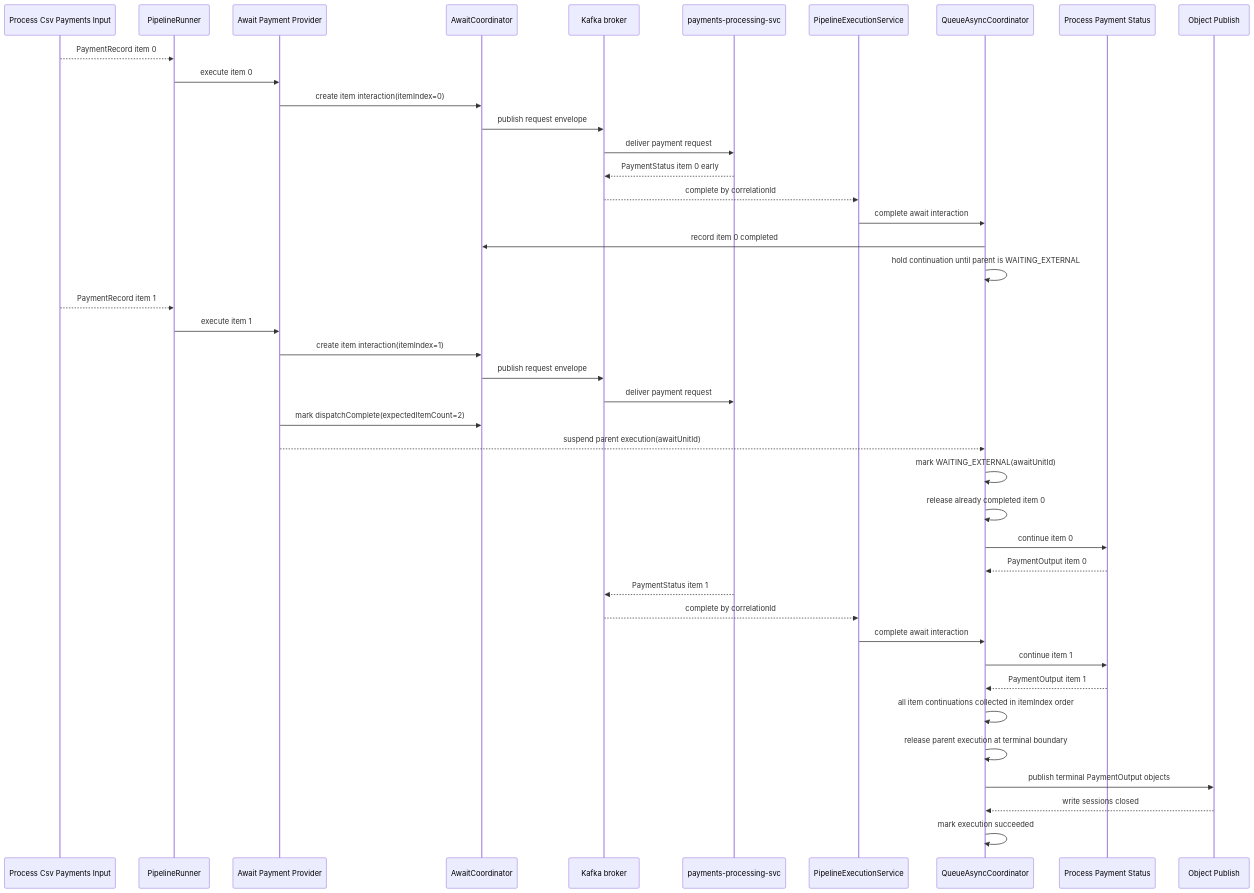
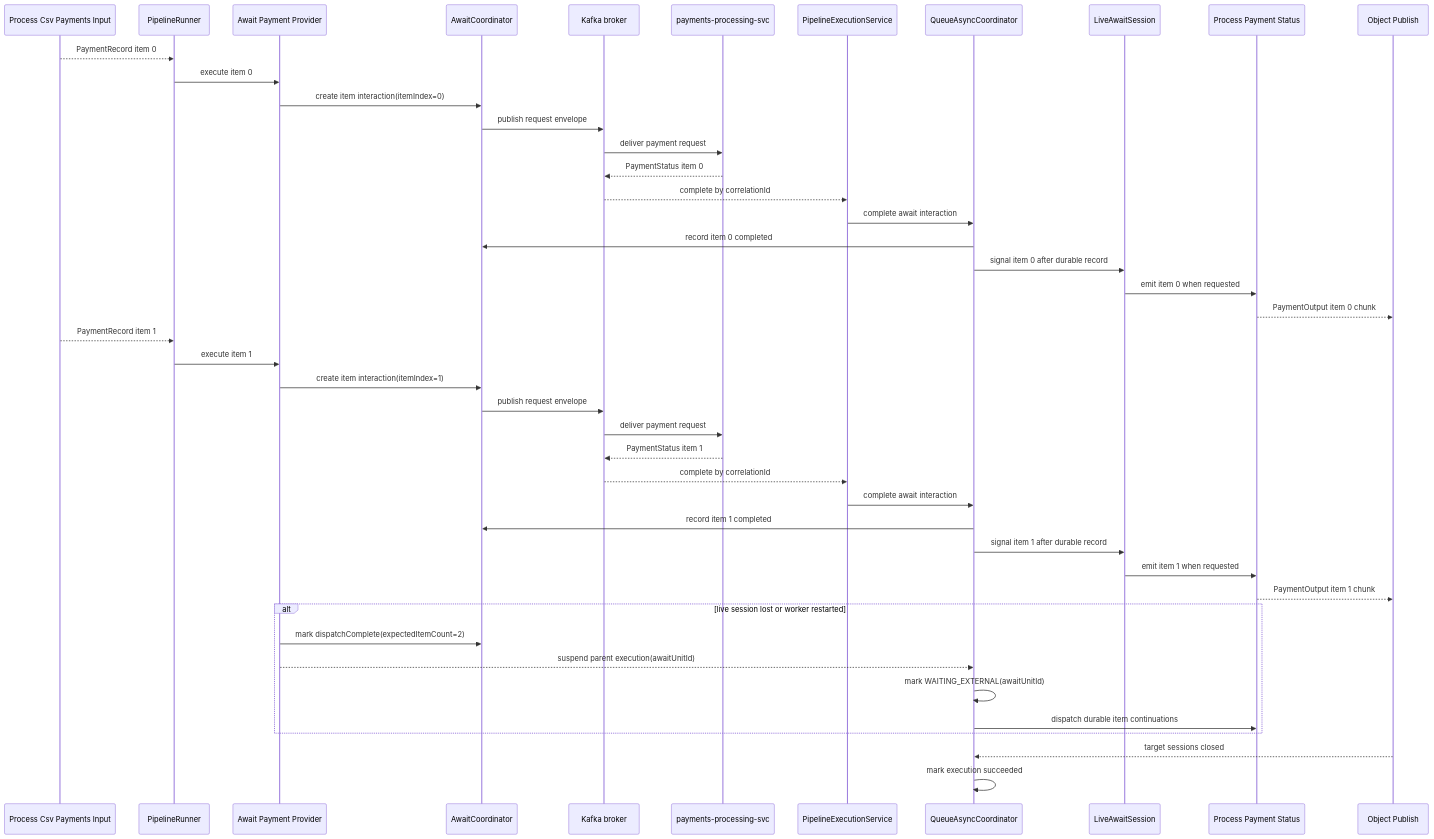
The fourth of 7 diagrams in docs/evolve/await-unit-runtime/sequences.md (The-Pipeline-Framework/pipelineframework), drawn with Mermaid before and after one commit. The commit also changed other lines of this file and 32 other files, not shown here.

Commit message:
Make CSV await completions flow live

````diff
--- a/docs/evolve/await-unit-runtime/sequences.md
+++ b/docs/evolve/await-unit-runtime/sequences.md
@@ -92,49 +101,51 @@
 ```mermaid
 sequenceDiagram
     participant Input as Process Csv Payments Input
     participant Runner as PipelineRunner
     participant Await as Await Payment Provider
     participant AwaitCoord as AwaitCoordinator
     participant Kafka as Kafka broker
     participant Provider as payments-processing-svc
     participant Exec as PipelineExecutionService
     participant Queue as QueueAsyncCoordinator
+    participant Live as LiveAwaitSession
     participant Status as Process Payment Status
     participant Publish as Object Publish
 
     Input-->>Runner: PaymentRecord item 0
     Runner->>Await: execute item 0
     Await->>AwaitCoord: create item interaction(itemIndex=0)
     AwaitCoord->>Kafka: publish request envelope
     Kafka->>Provider: deliver payment request
-    Provider-->>Kafka: PaymentStatus item 0 early
+    Provider-->>Kafka: PaymentStatus item 0
     Kafka-->>Exec: complete by correlationId
     Exec->>Queue: complete await interaction
     Queue->>AwaitCoord: record item 0 completed
-    Queue->>Queue: hold continuation until parent is WAITING_EXTERNAL
+    Queue->>Live: signal item 0 after durable record
+    Live->>Status: emit item 0 when requested
+    Status-->>Publish: PaymentOutput item 0 chunk
 
     Input-->>Runner: PaymentRecord item 1
     Runner->>Await: execute item 1
     Await->>AwaitCoord: create item interaction(itemIndex=1)
     AwaitCoord->>Kafka: publish request envelope
     Kafka->>Provider: deliver payment request
 
-    Await->>AwaitCoord: mark dispatchComplete(expectedItemCount=2)
-    Await-->>Queue: suspend parent execution(awaitUnitId)
-    Queue->>Queue: mark WAITING_EXTERNAL(awaitUnitId)
-    Queue->>Queue: release already completed item 0
-    Queue->>Status: continue item 0
-    Status-->>Queue: PaymentOutput item 0
-
     Provider-->>Kafka: PaymentStatus item 1
     Kafka-->>Exec: complete by correlationId
     Exec->>Queue: complete await interaction
-    Queue->>Status: continue item 1
-    Status-->>Queue: PaymentOutput item 1
+    Queue->>AwaitCoord: record item 1 completed
+    Queue->>Live: signal item 1 after durable record
+    Live->>Status: emit item 1 when requested
+    Status-->>Publish: PaymentOutput item 1 chunk
 
-    Queue->>Queue: all item continuations collected in itemIndex order
-    Queue->>Queue: release parent execution at terminal boundary
-    Queue->>Publish: publish terminal PaymentOutput objects
-    Publish-->>Queue: write sessions closed
+    alt live session lost or worker restarted
+      Await->>AwaitCoord: mark dispatchComplete(expectedItemCount=2)
+      Await-->>Queue: suspend parent execution(awaitUnitId)
+      Queue->>Queue: mark WAITING_EXTERNAL(awaitUnitId)
+      Queue->>Status: dispatch durable item continuations
+    end
+
+    Publish-->>Queue: target sessions closed
     Queue->>Queue: mark execution succeeded
 ```
````
